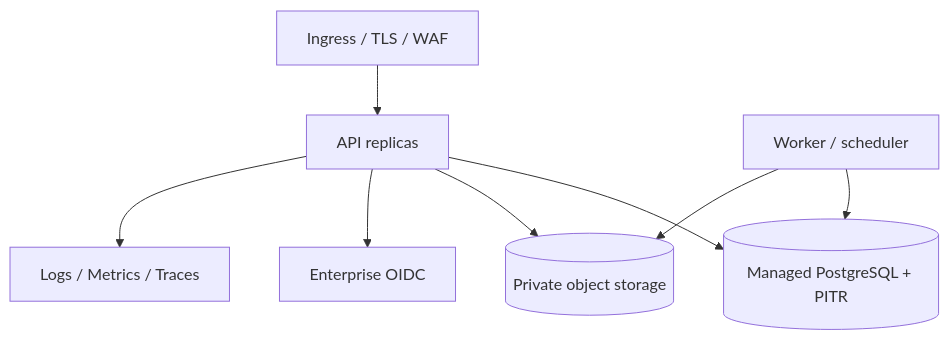
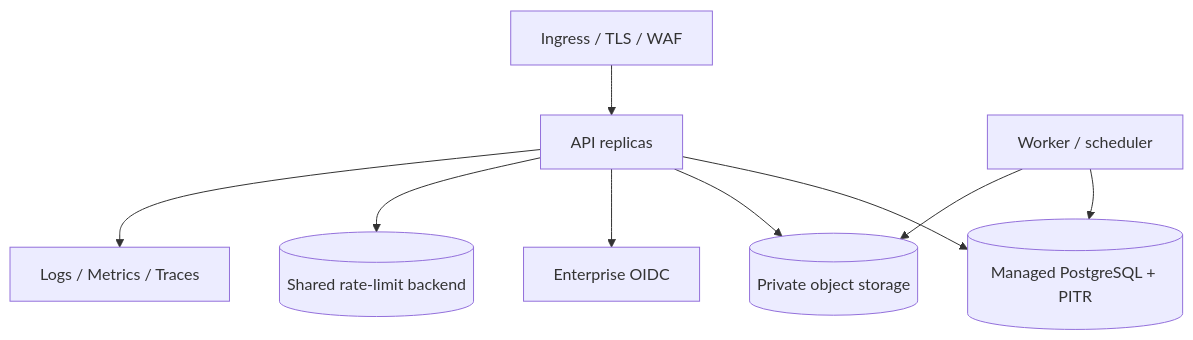
One commit to TS00724/cable-management-system changed the diagram in docs/deployment.md. Above: the diagram before and after it, drawn with Mermaid. The commit also changed other lines of this file and 75 other files, not shown here.

````diff
--- a/docs/deployment.md
+++ b/docs/deployment.md
@@ -15,10 +60,11 @@
 ```mermaid
 flowchart TB
     LB[Ingress / TLS / WAF] --> API[API replicas]
     API --> PG[(Managed PostgreSQL + PITR)]
     API --> S3[(Private object storage)]
     API --> IDP[Enterprise OIDC]
+    API --> RL[(Shared rate-limit backend)]
     API --> OBS[Logs / Metrics / Traces]
     Job[Worker / scheduler] --> PG
     Job --> S3
 ```
````
